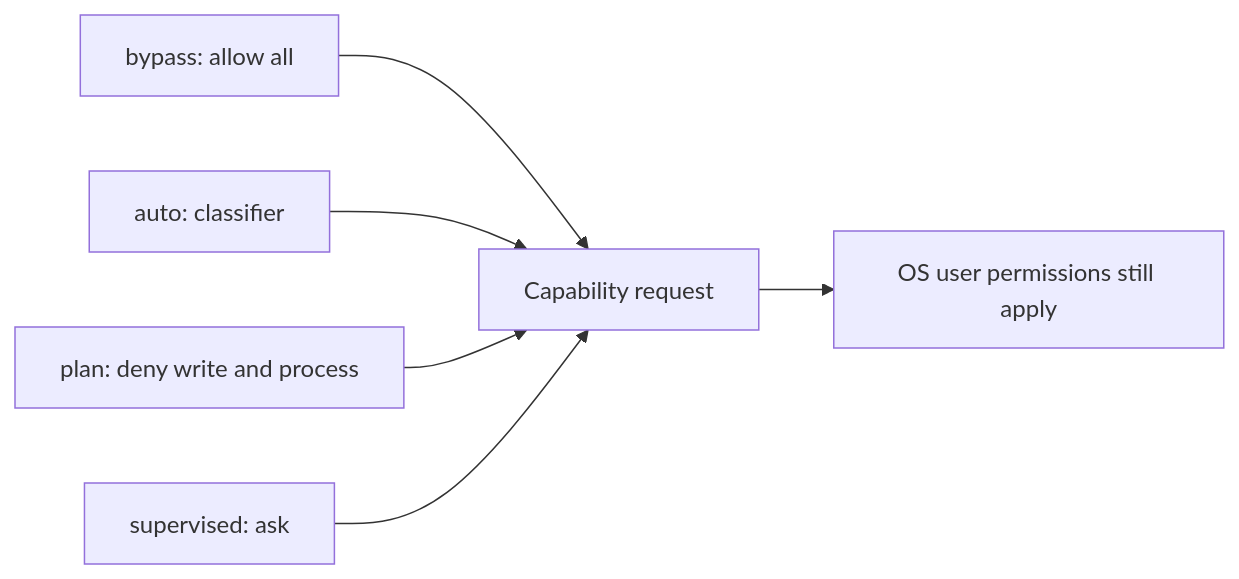
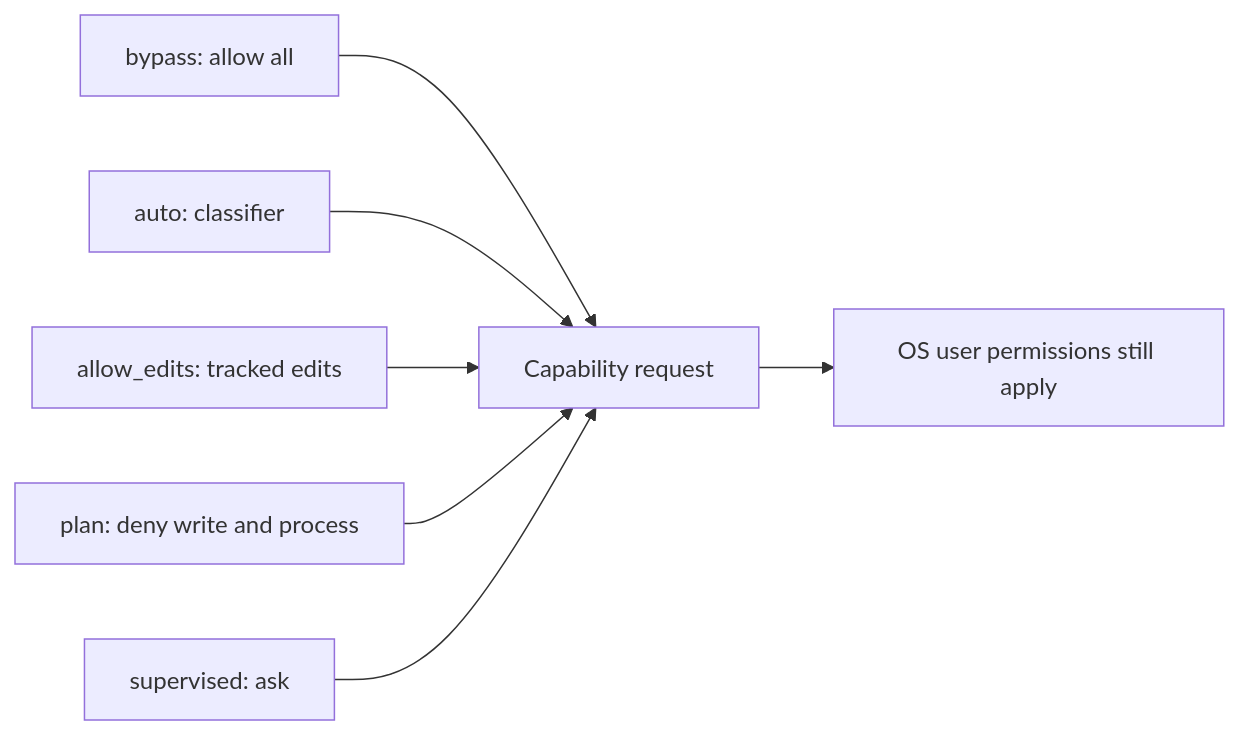
One commit to matthewyjiang/rho changed the second of 2 diagrams in docs/tools-workspace.md. Above: the diagram before and after it, drawn with Mermaid. The commit also changed other lines of this file and 28 other files, not shown here.

First line of the commit message:
feat(permission): let Auto skip review of tracked workspace edits (#892)

````diff
--- a/docs/tools-workspace.md
+++ b/docs/tools-workspace.md
@@ -56,8 +56,9 @@
 ```mermaid
 flowchart LR
     bypass[bypass: allow all] --> cap[Capability request]
     auto[auto: classifier] --> cap
+    allowEdits[allow_edits: tracked edits] --> cap
     plan[plan: deny write and process] --> cap
     supervised[supervised: ask] --> cap
     cap --> os[OS user permissions still apply]
 ```
````
